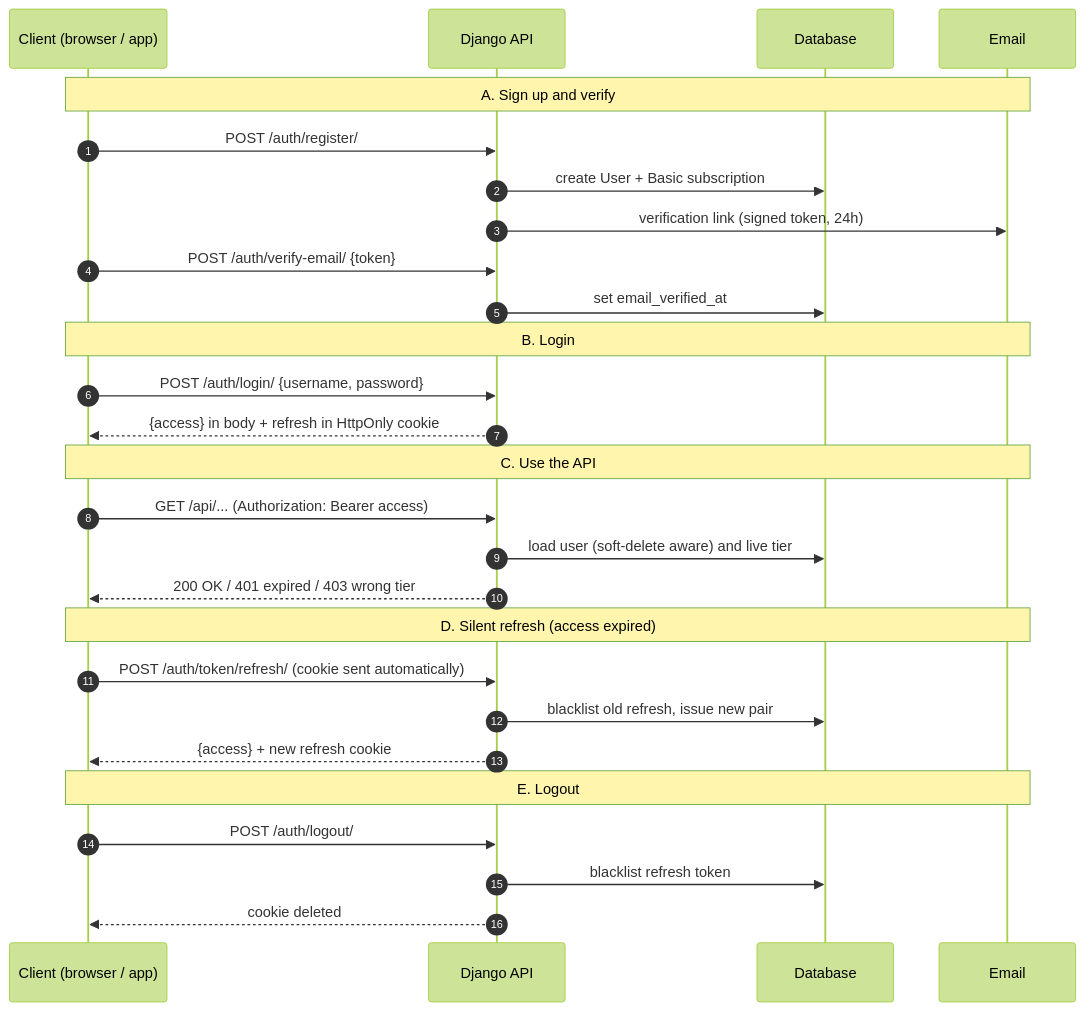
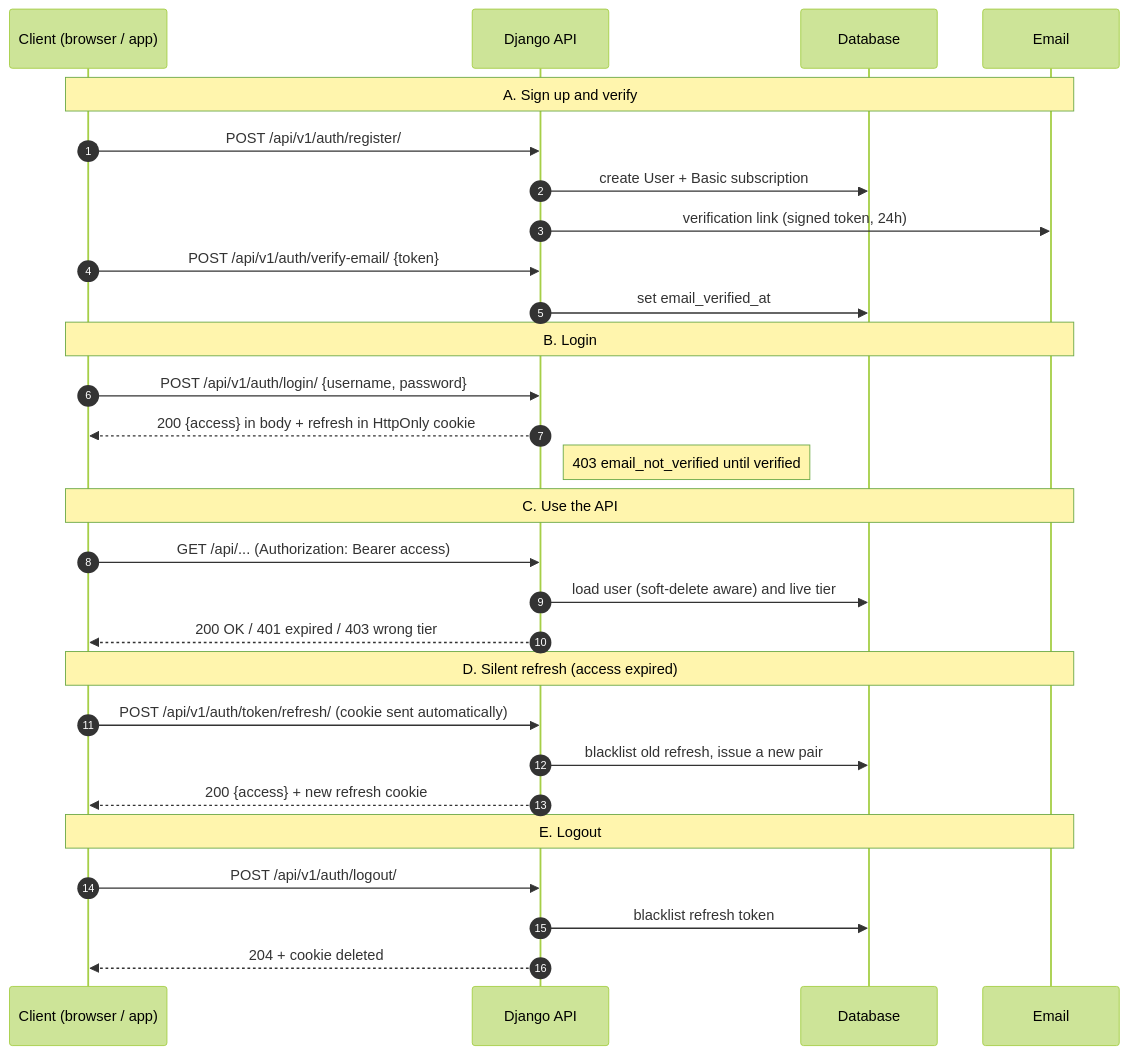
One commit to ahanaf-Islam-works/rv-be changed the diagram in README.md. Above: the diagram before and after it, drawn with Mermaid (forest theme). The commit also changed other lines of this file and 36 other files, not shown here.

````diff
--- a/README.md
+++ b/README.md
@@ -27,34 +76,35 @@
 ```mermaid
 sequenceDiagram
     autonumber
     participant C as Client (browser / app)
     participant A as Django API
     participant DB as Database
     participant M as Email
 
     Note over C,M: A. Sign up and verify
-    C->>A: POST /auth/register/
+    C->>A: POST /api/v1/auth/register/
     A->>DB: create User + Basic subscription
     A->>M: verification link (signed token, 24h)
-    C->>A: POST /auth/verify-email/ {token}
+    C->>A: POST /api/v1/auth/verify-email/ {token}
     A->>DB: set email_verified_at
 
     Note over C,M: B. Login
-    C->>A: POST /auth/login/ {username, password}
-    A-->>C: {access} in body + refresh in HttpOnly cookie
+    C->>A: POST /api/v1/auth/login/ {username, password}
+    A-->>C: 200 {access} in body + refresh in HttpOnly cookie
+    Note right of A: 403 email_not_verified until verified
 
     Note over C,M: C. Use the API
     C->>A: GET /api/... (Authorization: Bearer access)
     A->>DB: load user (soft-delete aware) and live tier
     A-->>C: 200 OK / 401 expired / 403 wrong tier
 
     Note over C,M: D. Silent refresh (access expired)
-    C->>A: POST /auth/token/refresh/ (cookie sent automatically)
-    A->>DB: blacklist old refresh, issue new pair
-    A-->>C: {access} + new refresh cookie
+    C->>A: POST /api/v1/auth/token/refresh/ (cookie sent automatically)
+    A->>DB: blacklist old refresh, issue a new pair
+    A-->>C: 200 {access} + new refresh cookie
 
     Note over C,M: E. Logout
-    C->>A: POST /auth/logout/
+    C->>A: POST /api/v1/auth/logout/
     A->>DB: blacklist refresh token
-    A-->>C: cookie deleted
+    A-->>C: 204 + cookie deleted
 ```
````
